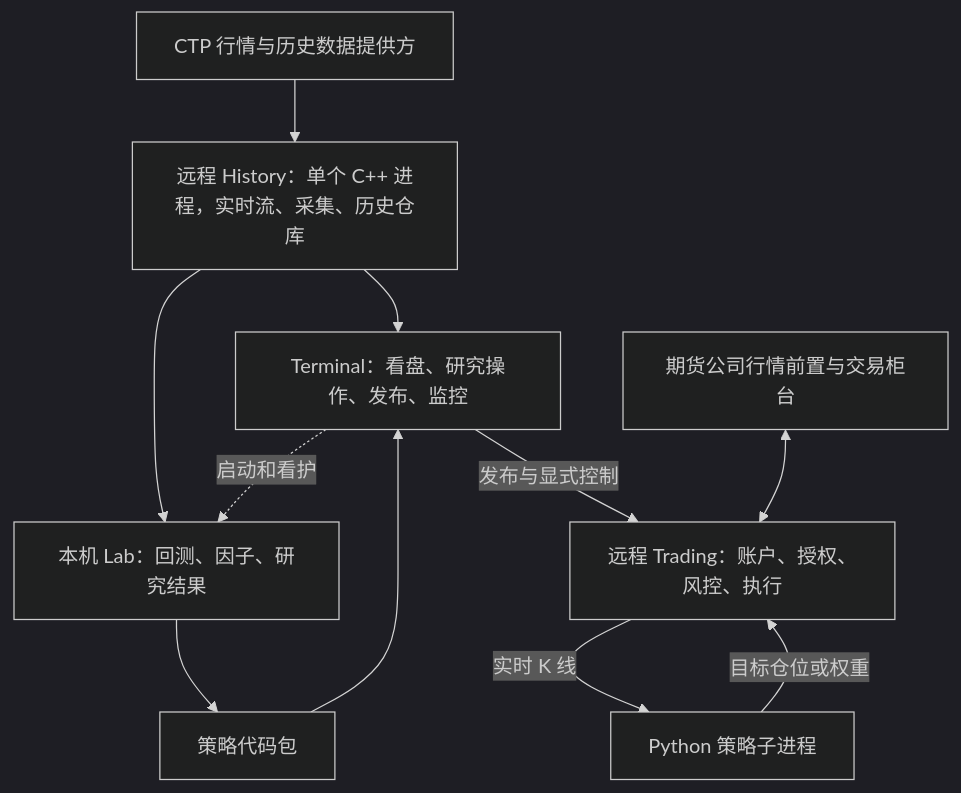
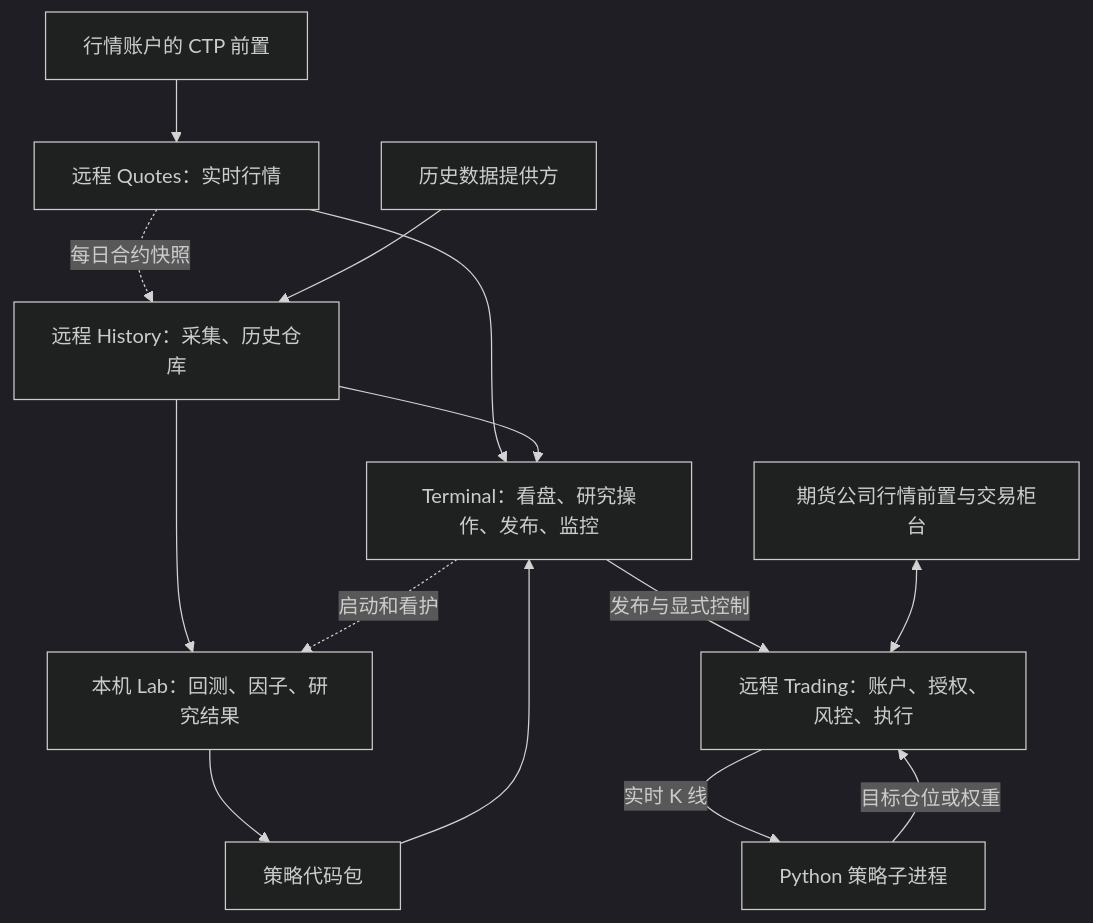
One commit to isqiwen/asterion-terminal changed the diagram in docs/architecture.md. Above: the diagram before and after it, drawn with Mermaid (dark theme). The commit also changed other lines of this file and 170 other files, not shown here.

First line of the commit message:
M3.85: split live quotes out of History into a Quotes service

````diff
--- a/docs/architecture.md
+++ b/docs/architecture.md
@@ -5,13 +5,16 @@
 ```mermaid
 flowchart TB
-  Providers[CTP 行情与历史数据提供方] --> History[远程 History：单个 C++ 进程，实时流、采集、历史仓库]
-  History --> Terminal[Terminal：看盘、研究操作、发布、监控]
+  QuoteFront[行情账户的 CTP 前置] --> Quotes[远程 Quotes：实时行情]
+  Quotes --> Terminal[Terminal：看盘、研究操作、发布、监控]
+  Quotes -.每日合约快照.-> History[远程 History：采集、历史仓库]
+  Providers[历史数据提供方] --> History
+  History --> Terminal
   History --> Lab[本机 Lab：回测、因子、研究结果]
   Terminal -.启动和看护.-> Lab
   Lab --> Package[策略代码包]
   Package --> Terminal
   Terminal -->|发布与显式控制| Trading[远程 Trading：账户、授权、风控、执行]
   Counter[期货公司行情前置与交易柜台] <--> Trading
   Trading -->|实时 K 线| Strategy[Python 策略子进程]
   Strategy -->|目标仓位或权重| Trading
 ```
````
